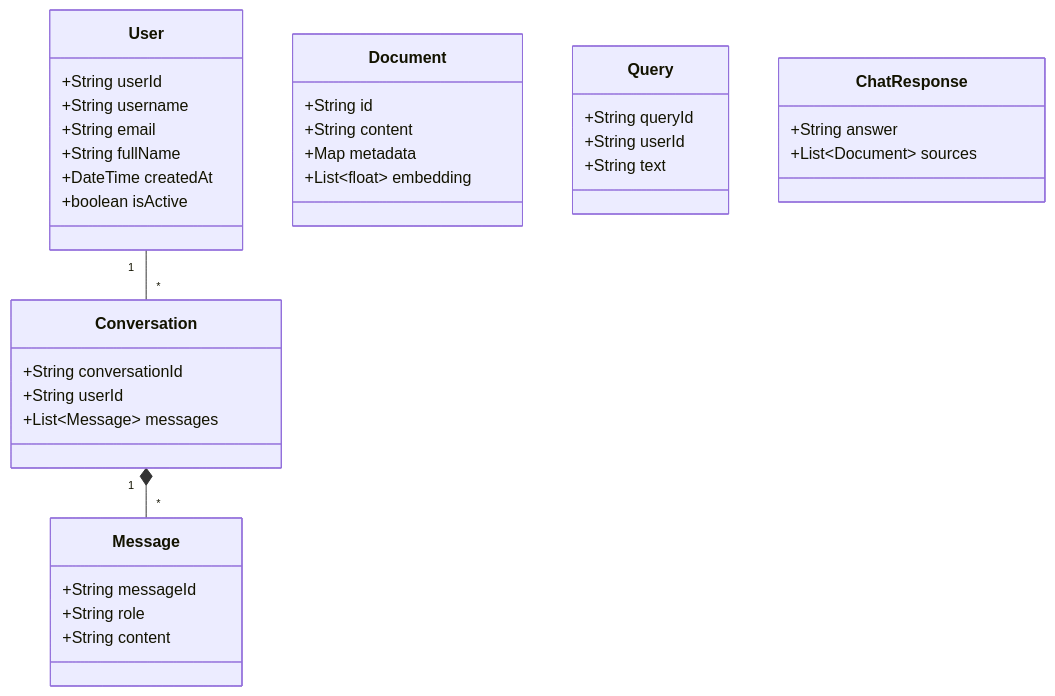
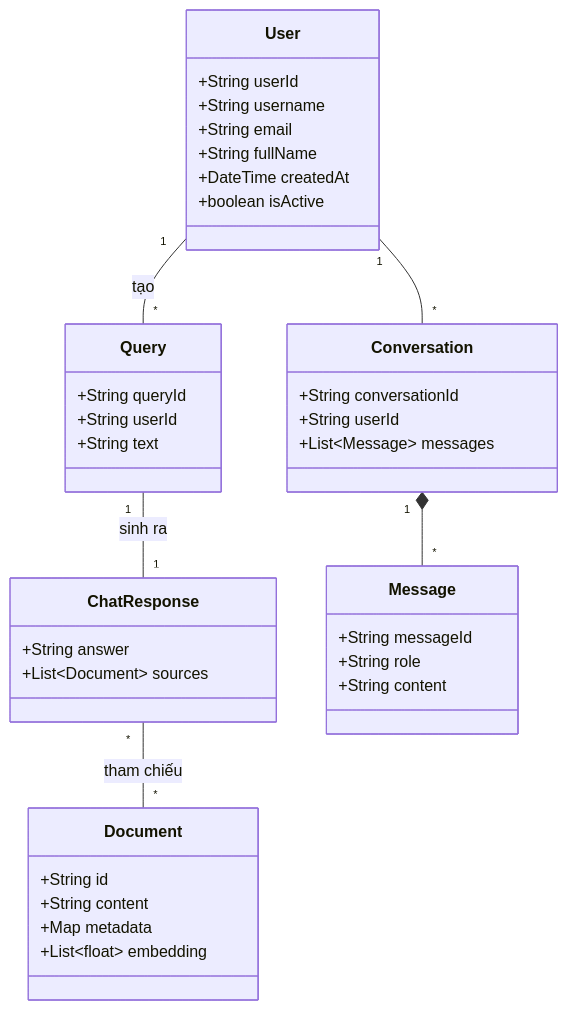
The first of 16 diagrams in README.md (tvanle/Module2-HTTM), drawn with Mermaid before and after one commit. The commit also changed other lines of this file, not shown here.

````diff
--- a/README.md
+++ b/README.md
@@ -100,44 +100,47 @@
 ```mermaid
 classDiagram
     class User {
         +String userId
         +String username
         +String email
         +String fullName
         +DateTime createdAt
         +boolean isActive
     }
 
     class Document {
         +String id
         +String content
         +Map metadata
         +List~float~ embedding
     }
 
     class Query {
         +String queryId
         +String userId
         +String text
     }
 
     class ChatResponse {
         +String answer
         +List~Document~ sources
     }
 
     class Conversation {
         +String conversationId
         +String userId
         +List~Message~ messages
     }
 
     class Message {
         +String messageId
         +String role
         +String content
     }
 
     User "1" -- "*" Conversation
     Conversation "1" *-- "*" Message
+    User "1" -- "*" Query : tạo
+    Query "1" -- "1" ChatResponse : sinh ra
+    ChatResponse "*" -- "*" Document : tham chiếu
 ```
````
